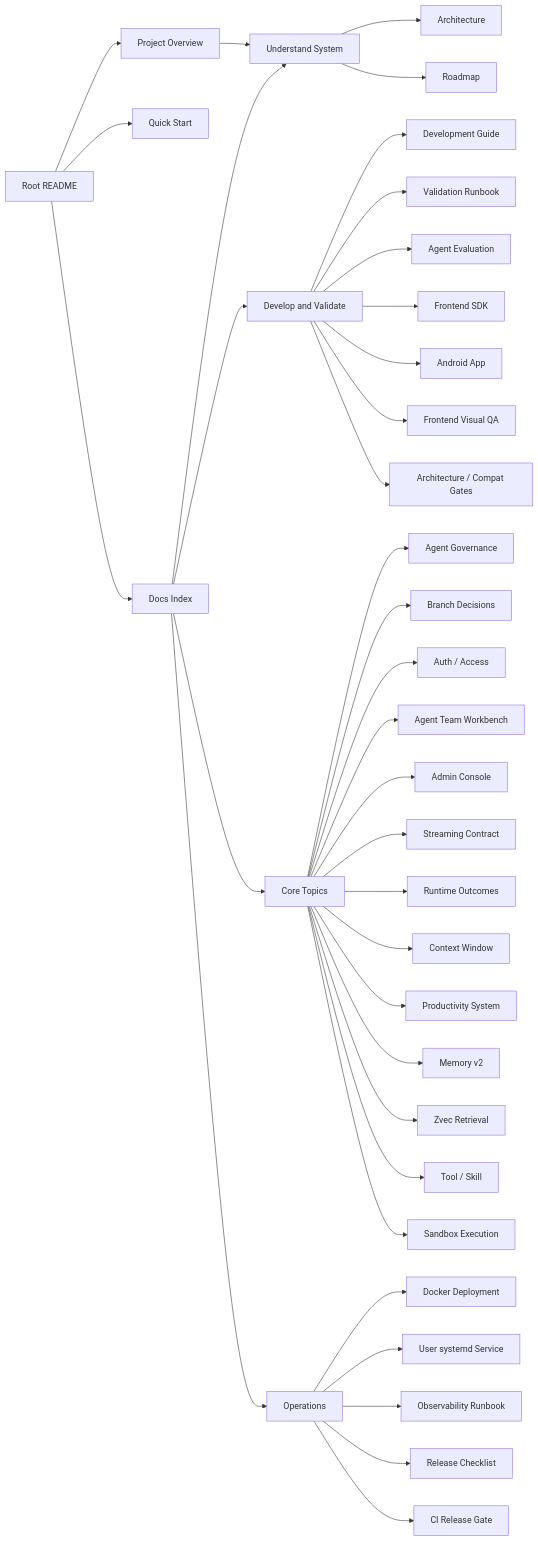
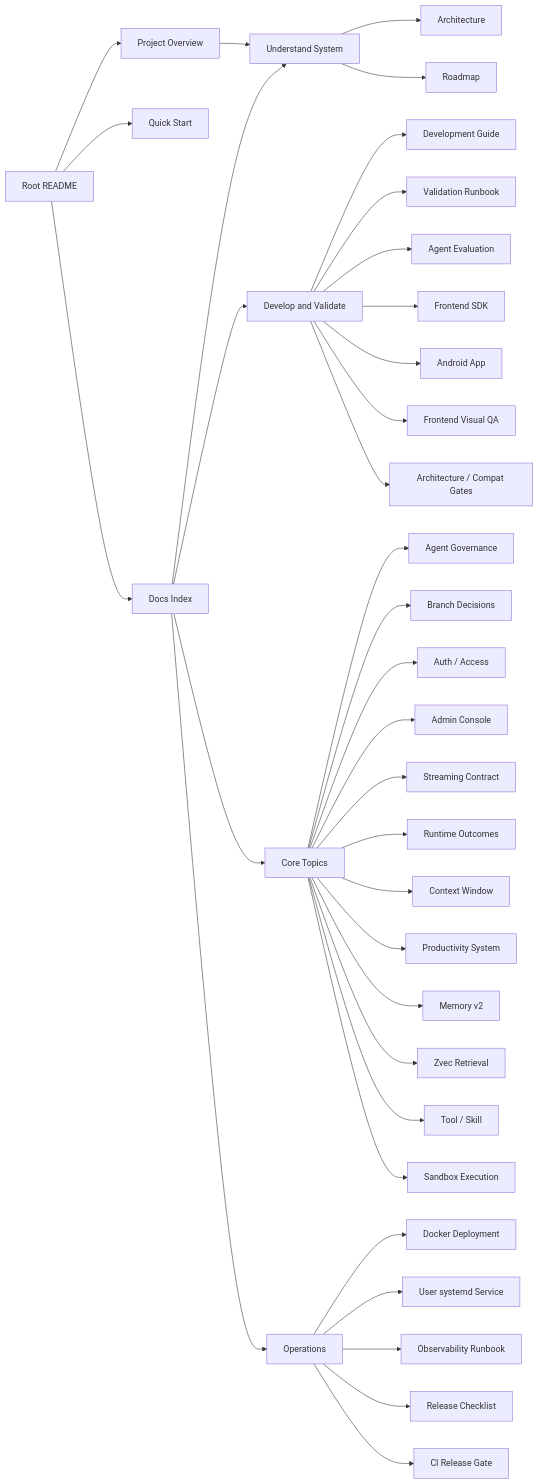
The diagram in docs/README.md (William-zgx/focus-agent), drawn with Mermaid before and after one commit. The commit also changed other lines of this file and 132 other files, not shown here.

First line of the commit message:
feat(v2)!: 删除 Agent Team 前端与 SDK 产品面

````diff
--- a/docs/README.md
+++ b/docs/README.md
@@ -15,38 +15,37 @@
 ```mermaid
 flowchart LR
     README["Root README"] --> Overview["Project Overview"]
     README --> Quick["Quick Start"]
     README --> Docs["Docs Index"]
     Overview --> Understand["Understand System"]
     Docs --> Understand
     Docs --> Develop["Develop and Validate"]
     Docs --> Topics["Core Topics"]
     Docs --> Ops["Operations"]
     Understand --> Architecture["Architecture"]
     Understand --> Roadmap["Roadmap"]
     Develop --> DevGuide["Development Guide"]
     Develop --> Validation["Validation Runbook"]
     Develop --> EvalGuide["Agent Evaluation"]
     Develop --> SDK["Frontend SDK"]
     Develop --> Android["Android App"]
     Develop --> FrontendQA["Frontend Visual QA"]
     Develop --> Debt["Architecture / Compat Gates"]
     Topics --> Governance["Agent Governance"]
     Topics --> BranchDecision["Branch Decisions"]
     Topics --> AuthAccess["Auth / Access"]
-    Topics --> AgentTeam["Agent Team Workbench"]
     Topics --> Admin["Admin Console"]
     Topics --> Streaming["Streaming Contract"]
     Topics --> Outcomes["Runtime Outcomes"]
     Topics --> ContextWindow["Context Window"]
     Topics --> Productivity["Productivity System"]
     Topics --> Memory["Memory v2"]
     Topics --> Retrieval["Zvec Retrieval"]
     Topics --> Tools["Tool / Skill"]
     Topics --> Sandbox["Sandbox Execution"]
     Ops --> Docker["Docker Deployment"]
     Ops --> UserSystemd["User systemd Service"]
     Ops --> Observability["Observability Runbook"]
     Ops --> Release["Release Checklist"]
     Ops --> CIGate["CI Release Gate"]
 ```
````
